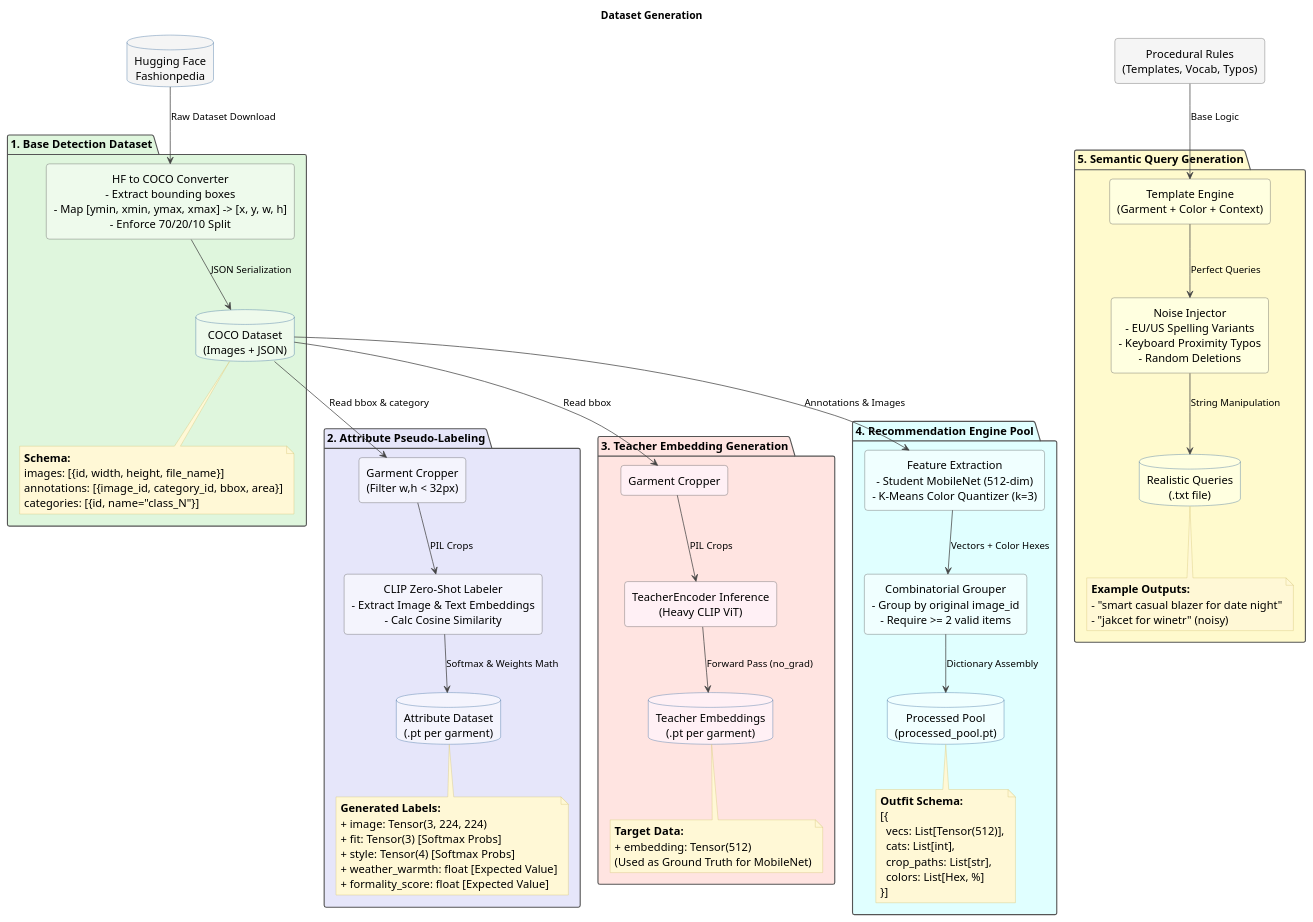
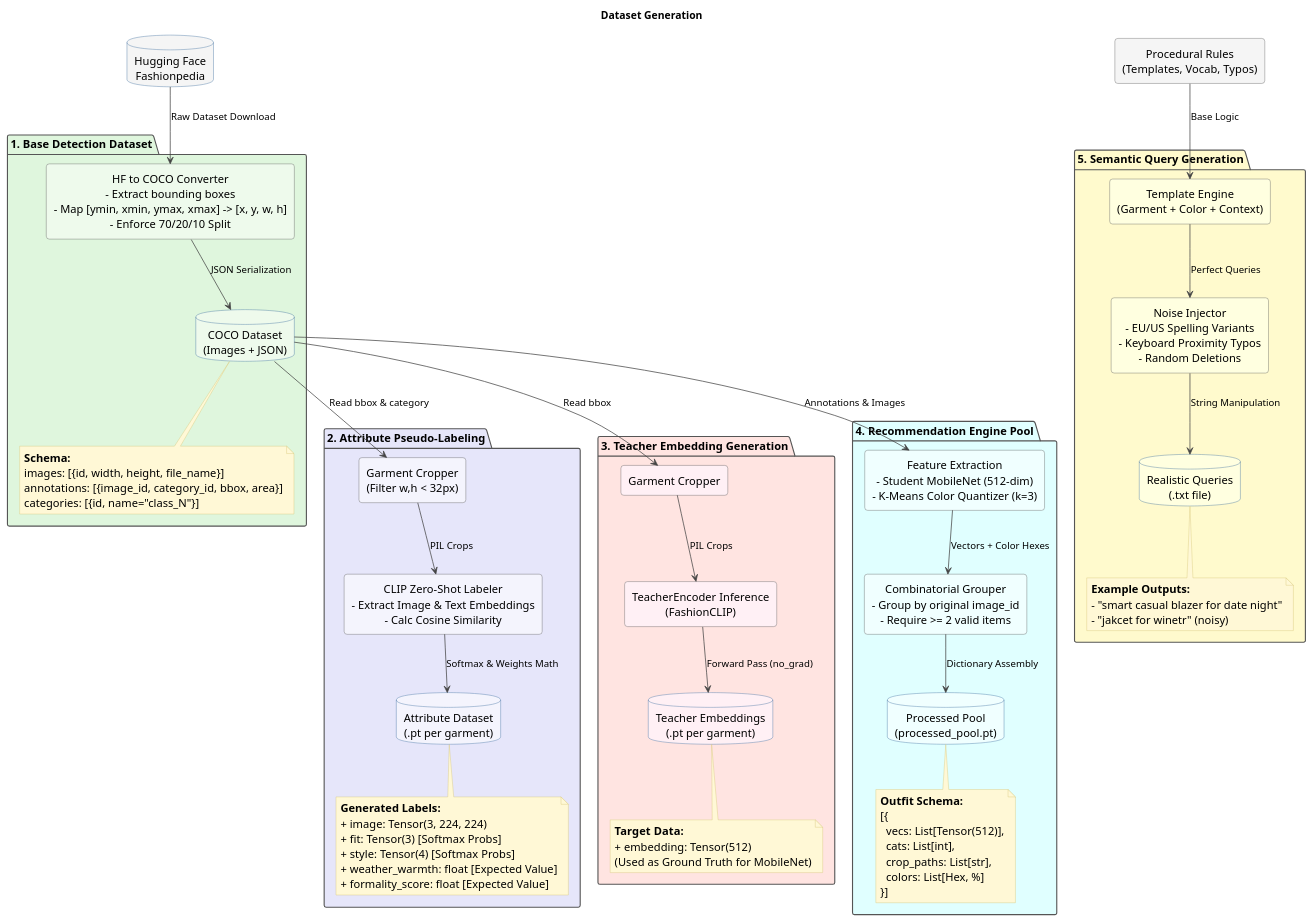
The diagram in UML/training.puml (ridamansour/WardrobeGenie-API), drawn with PlantUML before and after one commit. The commit also changed 6 other files, not shown here.

Commit message:
Updated RF-DETR integration: - Switched from YOLO to RF-DETR for garment detection. - Adjusted API port to 8001 in `docker-compose-api.yml`. - Added `rfdetr` to dependencies. - Included UML diagrams for pipeline and dataset generation.

```diff
--- a/UML/training.puml
+++ b/UML/training.puml
@@ -1,126 +1,126 @@
 @startuml
 title "Dataset Generation"
 skinparam backgroundColor white
 skinparam shadowing false
 skinparam defaultTextAlignment center
 skinparam ArrowColor #444444
 
 skinparam package {
   BorderColor #555555
   FontStyle bold
   FontSize 15
 }
 skinparam rectangle {
   BorderColor #555555
   RoundCorner 8
   FontSize 15
 }
 skinparam database {
   BorderColor #336699
   BackgroundColor #EAF4FF
   FontSize 15
 }
 skinparam note {
   BackgroundColor #FFF8D6
   BorderColor #D4C270
   FontSize 15
   TextAlignment left
 }
 
 ' --- External Sources ---
 database "Hugging Face\nFashionpedia" as HF #F5F5F5
 rectangle "Procedural Rules\n(Templates, Vocab, Typos)" as SynRules #F5F5F5
 
 ' --- 1. Base CV Dataset ---
 package "1. Base Detection Dataset" #DFF6DD {
   rectangle "HF to COCO Converter\n- Extract bounding boxes\n- Map [ymin, xmin, ymax, xmax] -> [x, y, w, h]\n- Enforce 70/20/10 Split" as Script1 #EEFAEC
   database "COCO Dataset\n(Images + JSON)" as COCO #EEFAEC
 
   note bottom of COCO
     **Schema:**
     images: [{id, width, height, file_name}]
     annotations: [{image_id, category_id, bbox, area}]
     categories: [{id, name="class_N"}]
   end note
 }
 
 ' --- 2. Multi-Attribute Pseudo-Labeling ---
 package "2. Attribute Pseudo-Labeling" #E6E6FA {
   rectangle "Garment Cropper\n(Filter w,h < 32px)" as Crop1 #F4F4FD
   rectangle "CLIP Zero-Shot Labeler\n- Extract Image & Text Embeddings\n- Calc Cosine Similarity" as Script2 #F4F4FD
   database "Attribute Dataset\n(.pt per garment)" as AttrDB #F4F4FD
 
   note bottom of AttrDB
     **Generated Labels:**
     + image: Tensor(3, 224, 224)
     + fit: Tensor(3) [Softmax Probs]
     + style: Tensor(4) [Softmax Probs]
     + weather_warmth: float [Expected Value]
     + formality_score: float [Expected Value]
   end note
 }
 
 ' --- 3. Knowledge Distillation Prep ---
 package "3. Teacher Embedding Generation" #FFE4E1 {
   rectangle "Garment Cropper" as Crop2 #FFF0F5
-  rectangle "TeacherEncoder Inference\n(Heavy CLIP ViT)" as Script3 #FFF0F5
+  rectangle "TeacherEncoder Inference\n(FashionCLIP)" as Script3 #FFF0F5
   database "Teacher Embeddings\n(.pt per garment)" as TeachDB #FFF0F5
 
   note bottom of TeachDB
     **Target Data:**
     + embedding: Tensor(512)
     (Used as Ground Truth for MobileNet)
   end note
 }
 
 ' --- 4. Recommendation Pool ---
 package "4. Recommendation Engine Pool" #E0FFFF {
   rectangle "Feature Extraction\n- Student MobileNet (512-dim)\n- K-Means Color Quantizer (k=3)" as Script4 #F0FFFF
   rectangle "Combinatorial Grouper\n- Group by original image_id\n- Require >= 2 valid items" as Group #F0FFFF
   database "Processed Pool\n(processed_pool.pt)" as PoolDB #F0FFFF
 
   note bottom of PoolDB
     **Outfit Schema:**
     [{
       vecs: List[Tensor(512)],
       cats: List[int],
       crop_paths: List[str],
       colors: List[Hex, %]
     }]
   end note
 }
 
 ' --- 5. NLP Query Generation ---
 package "5. Semantic Query Generation" #FFFACD {
   rectangle "Template Engine\n(Garment + Color + Context)" as Script5 #FFFFE0
   rectangle "Noise Injector\n- EU/US Spelling Variants\n- Keyboard Proximity Typos\n- Random Deletions" as Noise #FFFFE0
   database "Realistic Queries\n(.txt file)" as QueryDB #FFFFE0
 
   note bottom of QueryDB
     **Example Outputs:**
     - "smart casual blazer for date night"
     - "jakcet for winetr" (noisy)
   end note
 }
 
 ' --- Relationships ---
 HF --> Script1 : Raw Dataset Download
 Script1 --> COCO : JSON Serialization
 
 COCO --> Crop1 : Read bbox & category
 Crop1 --> Script2 : PIL Crops
 Script2 --> AttrDB : Softmax & Weights Math
 
 COCO --> Crop2 : Read bbox
 Crop2 --> Script3 : PIL Crops
 Script3 --> TeachDB : Forward Pass (no_grad)
 
 COCO --> Script4 : Annotations & Images
 Script4 --> Group : Vectors + Color Hexes
 Group --> PoolDB : Dictionary Assembly
 
 SynRules --> Script5 : Base Logic
 Script5 --> Noise : Perfect Queries
 Noise --> QueryDB : String Manipulation
 
 @enduml
```
